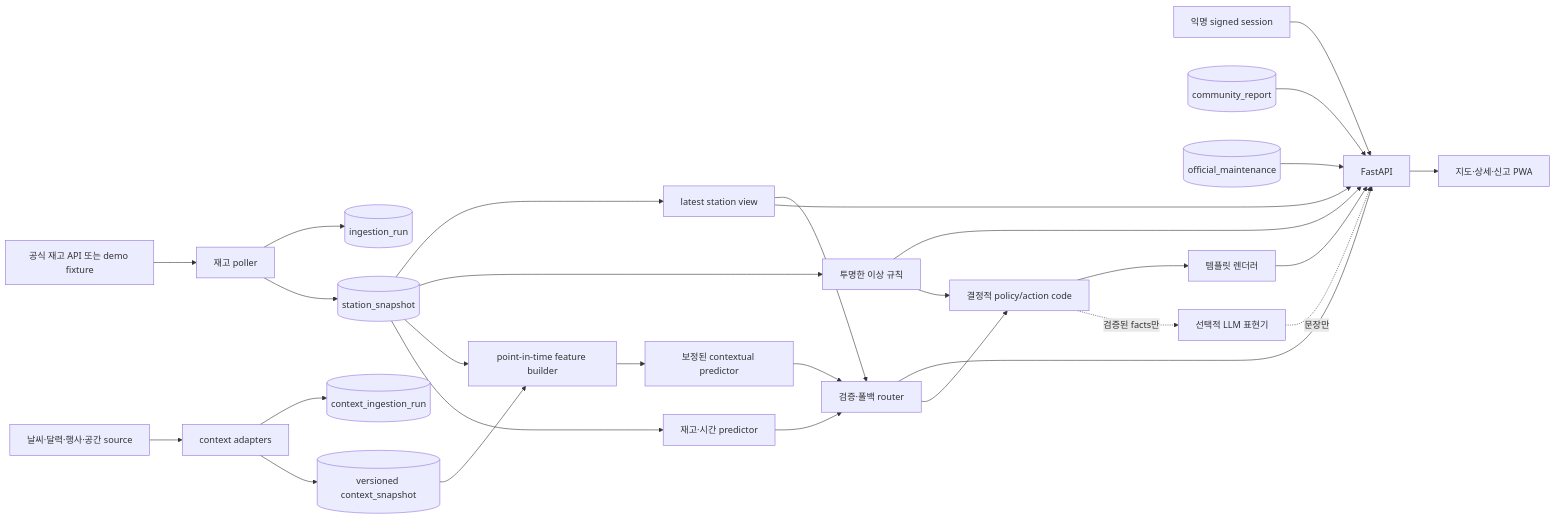
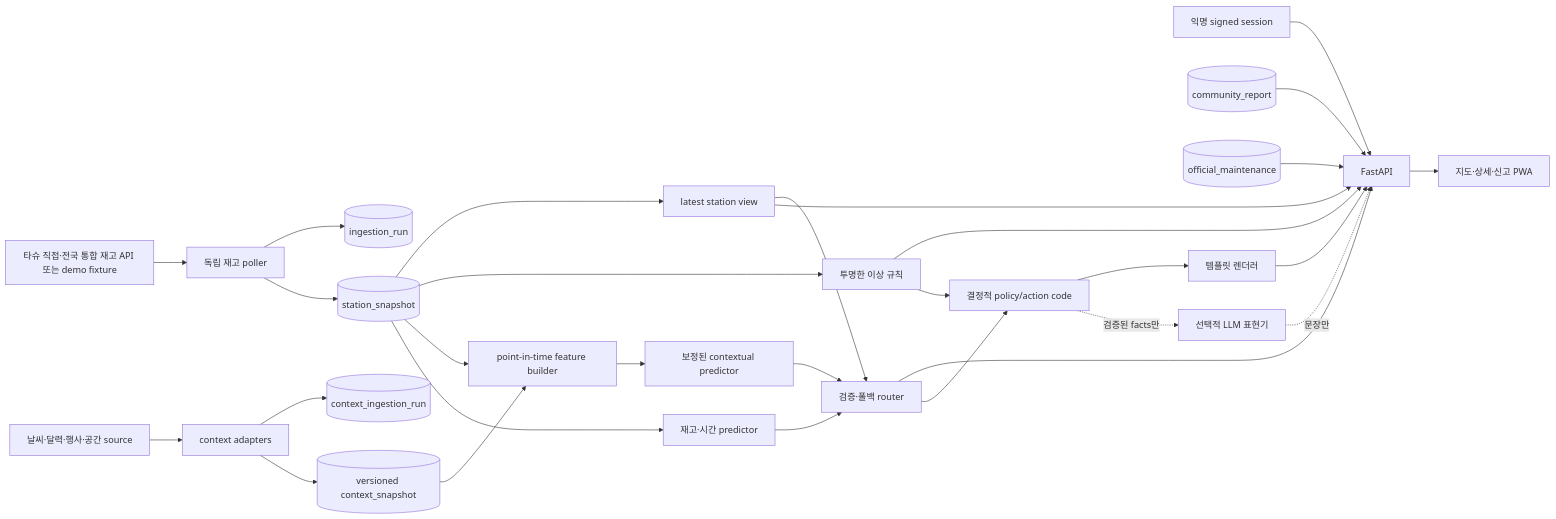
The diagram in docs/v2/03_ARCHITECTURE_SECURITY.md (atozuser0224/tashu), drawn with Mermaid before and after one commit. The commit also changed other lines of this file and 9 other files, not shown here.

````diff
--- a/docs/v2/03_ARCHITECTURE_SECURITY.md
+++ b/docs/v2/03_ARCHITECTURE_SECURITY.md
@@ -25,34 +25,34 @@
 ```mermaid
 flowchart LR
-    SRC[공식 재고 API 또는 demo fixture] --> POLL[재고 poller]
+    SRC[타슈 직접·전국 통합 재고 API 또는 demo fixture] --> POLL[독립 재고 poller]
     POLL --> RUN[(ingestion_run)]
     POLL --> SNAP[(station_snapshot)]
     SNAP --> LATEST[latest station view]
     SNAP --> ANOMALY[투명한 이상 규칙]
 
     CTXSRC[날씨·달력·행사·공간 source] --> CTXADAPTER[context adapters]
     CTXADAPTER --> CTXRUN[(context_ingestion_run)]
     CTXADAPTER --> CTXSNAP[(versioned context_snapshot)]
     SNAP --> FEATURE[point-in-time feature builder]
     CTXSNAP --> FEATURE
     FEATURE --> CONTEXTUAL[보정된 contextual predictor]
     SNAP --> TEMPORAL[재고·시간 predictor]
     CONTEXTUAL --> ROUTER[검증·폴백 router]
     TEMPORAL --> ROUTER
     LATEST --> ROUTER
 
     SESSION[익명 signed session] --> API[FastAPI]
     LATEST --> API
     ROUTER --> API
     ANOMALY --> API
     REPORT[(community_report)] --> API
     MAINT[(official_maintenance)] --> API
 
     ROUTER --> POLICY[결정적 policy/action code]
     ANOMALY --> POLICY
     POLICY --> TEMPLATE[템플릿 렌더러]
     POLICY -. 검증된 facts만 .-> LLM[선택적 LLM 표현기]
     LLM -. 문장만 .-> API
     TEMPLATE --> API
     API --> PWA[지도·상세·신고 PWA]
 ```
````
